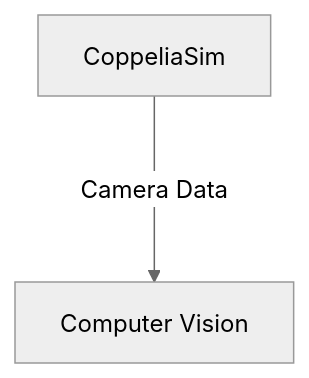
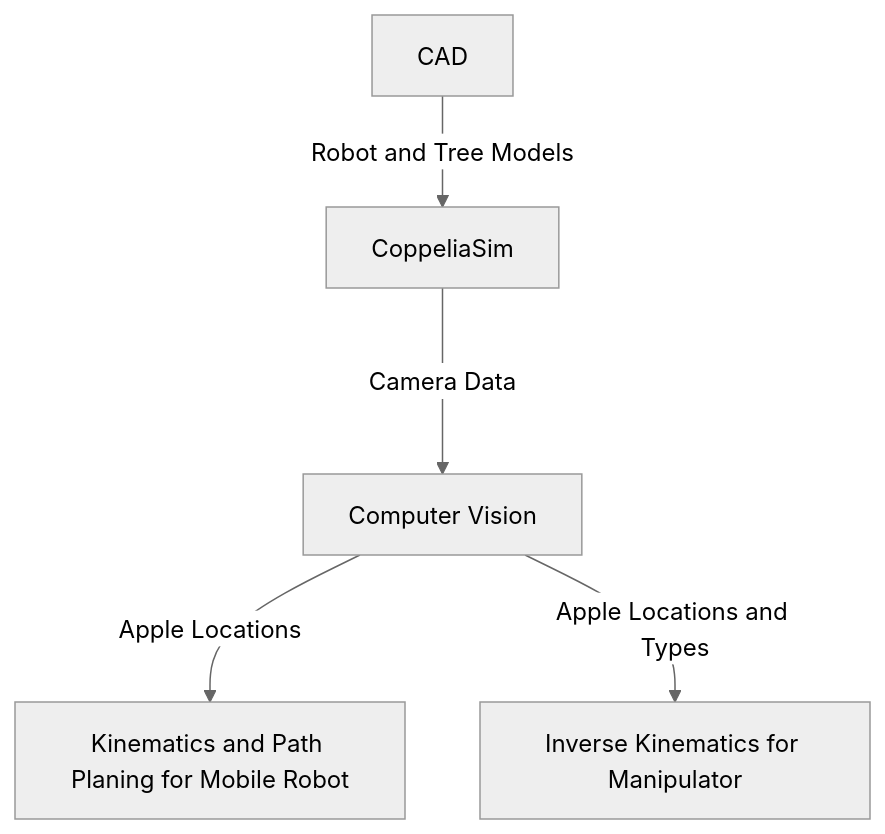
One commit to asueh/ECSE-275-Final-Project changed the diagram in README.md. Above: the diagram before and after it, drawn with Mermaid (neutral theme).

Commit message:
Update README.md
Updated flow chart

````diff
--- a/README.md
+++ b/README.md
@@ -18,4 +18,7 @@
 ```mermaid
 graph TD
-  A[CoppeliaSim] --Camera Data---> B[Computer Vision]
+  A[CAD] --Robot and Tree Models--> B[CoppeliaSim]
+  B[CoppeliaSim] --Camera Data---> C[Computer Vision]
+  C[Computer Vision] --Apple Locations--> D[Kinematics and Path Planing for Mobile Robot]
+  C[Computer Vision] --Apple Locations and Types--> E[Inverse Kinematics for Manipulator]
 ```
````
